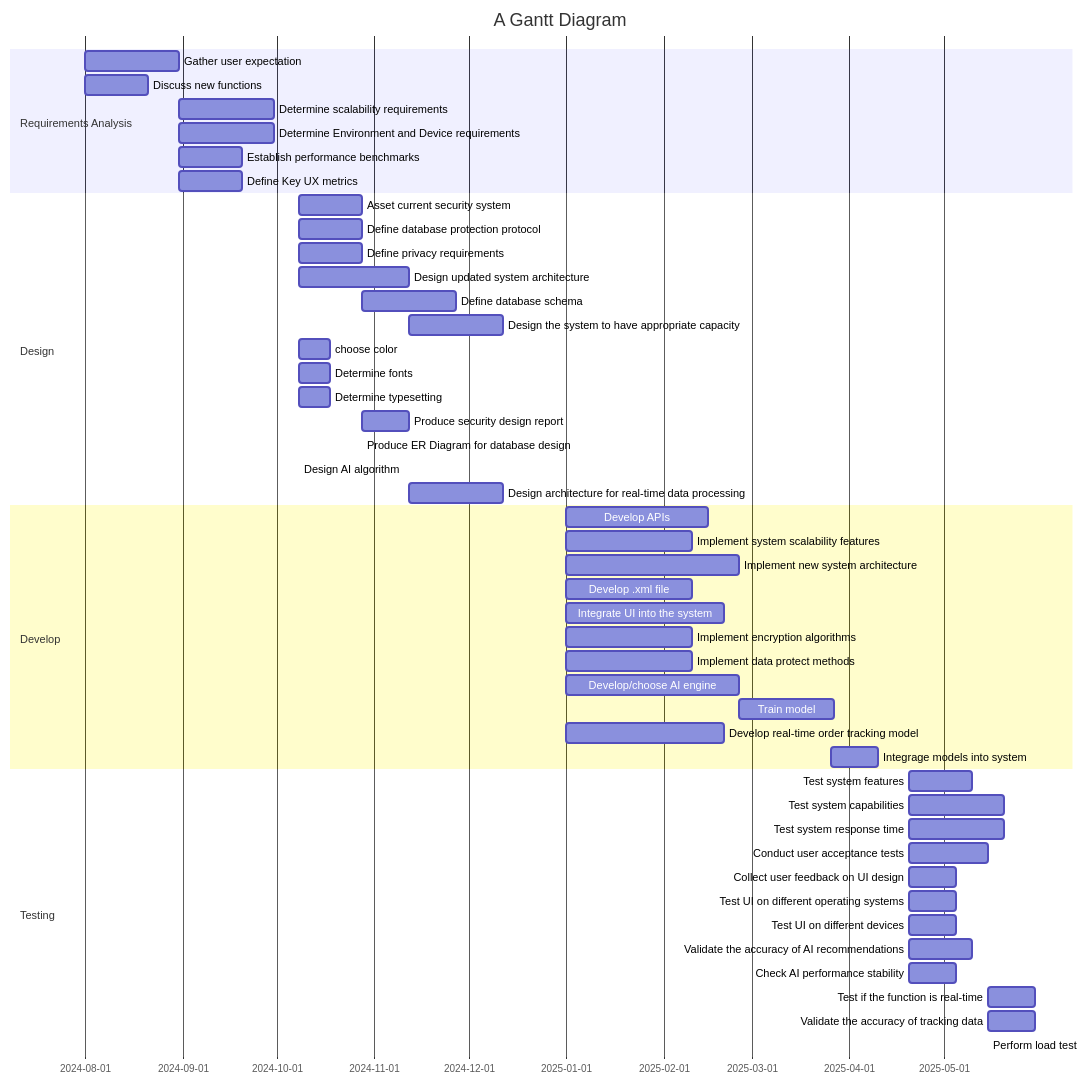
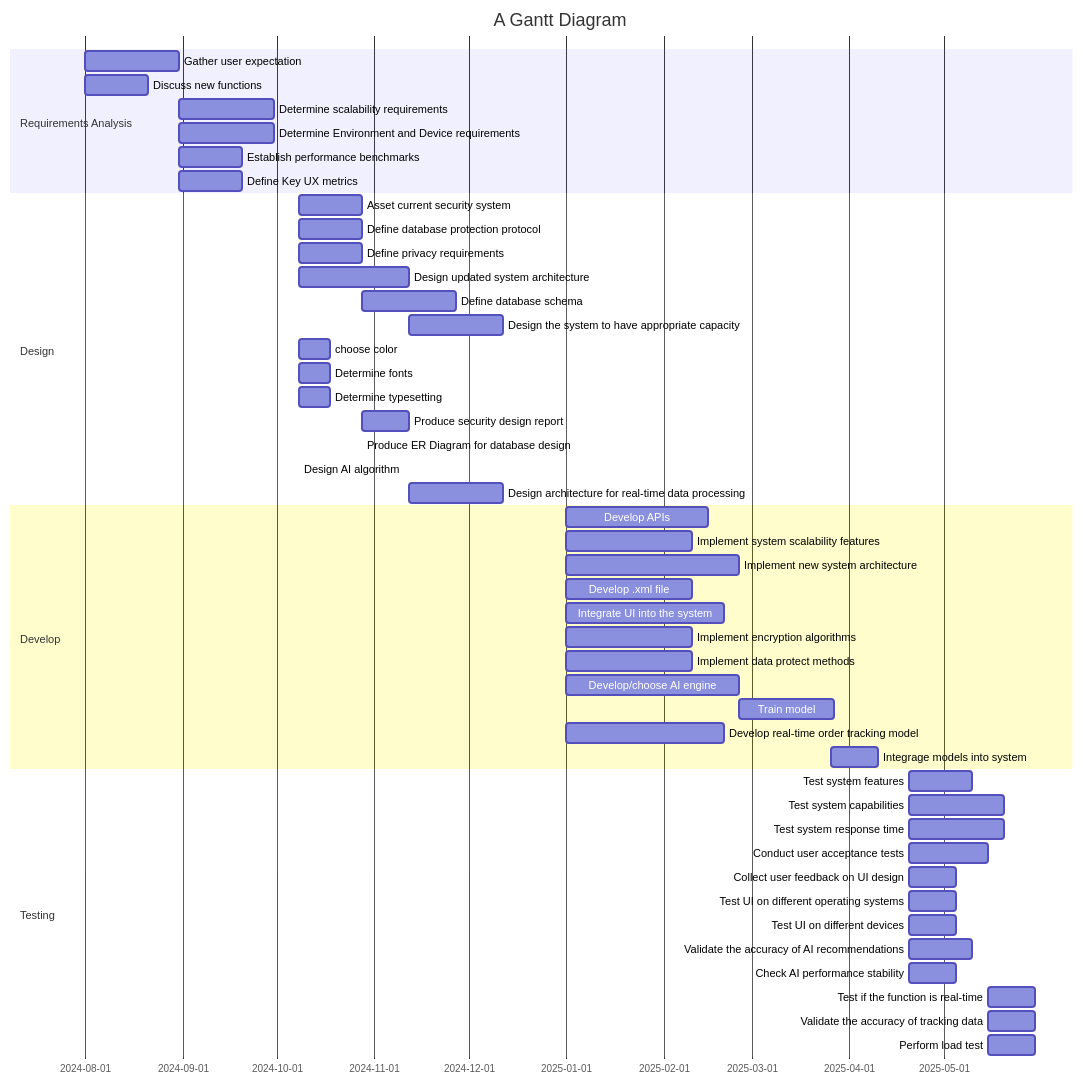
Before and after one commit to sayshelley/iodraw-files: the diagram in all/Untitled-4.md, drawn with Mermaid.

Commit message:
2024-10-11 18:36:18 update

````diff
--- a/all/Untitled-4.md
+++ b/all/Untitled-4.md
@@ -1,59 +1,59 @@
 ```mermaid
 gantt
     title A Gantt Diagram
     dateFormat  YYYY-MM-DD
     section Requirements Analysis
         Gather user expectation: a4, 2024-08-01, 30d
         Discuss new functions: a6, 2024-08-01, 20d
         Determine scalability requirements: a1, after a4, 30d
         Determine Environment and Device requirements: a2, after a4, 30d
         Establish performance benchmarks: a3, after a4, 20d
         Define Key UX metrics: a5, after a4, 20d
         
     section Design
         Asset current security system: b1, 2024-10-08, 20d
         Define database protection protocol: b2, 2024-10-08, 20d
         Define privacy requirements: b3, 2024-10-08, 20d
         Design updated system architecture: b4, 2024-10-08, 35d
         Define database schema: b5, after b2, 30d
         Design the system to have appropriate capacity: b6, after b4, 30d
         choose color: b7, 2024-10-08, 10d
         Determine fonts: b8, 2024-10-08, 10d
         Determine typesetting: b9, 2024-10-08, 10d
         Produce security design report: b10, 2024-10-28 ,15d
         Produce ER Diagram for database design: b11, 2024-10-28, 15
         Design AI algorithm: b12, 2024-10-08, 35
         Design architecture for real-time data processing: b13, 2024-11-12,30d
     section Develop
         Develop APIs: c1, 2025-01-01, 45d
         Implement system scalability features: c2, 2025-01-01, 40d
         Implement new system architecture: c3, 2025-01-01, 55d
         Develop .xml file: c4, 2025-01-01, 40d
         Integrate UI into the system: c5, 2025-01-01, 50d
         Implement encryption algorithms:c6, 2025-01-01, 40d
         Implement data protect methods: c7, 2025-01-01, 40d
         Develop/choose AI engine: c8, 2025-01-01, 55d
         Train model: c9, 2025-02-25, 30d
         Develop real-time order tracking model: c10, 2025-01-01, 50d
         Integrage models into system: c11, 2025-03-26, 15d
     section Testing
         Test system features: d1, 2025-04-20, 20d
         Test system capabilities: d2, 2025-04-20, 30d
         Test system response time: d3, 2025-04-20, 30d
         Conduct user acceptance tests: d4, 2025-04-20, 25d
         Collect user feedback on UI design: d5, 2025-04-20, 15d
         Test UI on different operating systems: d6, 2025-04-20, 15d
         Test UI on different devices: d7, 2025-04-20, 15d
         Validate the accuracy of AI recommendations: d8, 2025-04-20, 20d
         Check AI performance stability: d9, 2025-04-20, 15d
         Test if the function is real-time: d10, 2025-05-15, 15d
         Validate the accuracy of tracking data: d11, 2025-05-15, 15d
-        Perform load test: d12, 2025-05-15, 15
+        Perform load test: d12, 2025-05-15, 15d
     
         
 
     
 
 
    
 ```
````
